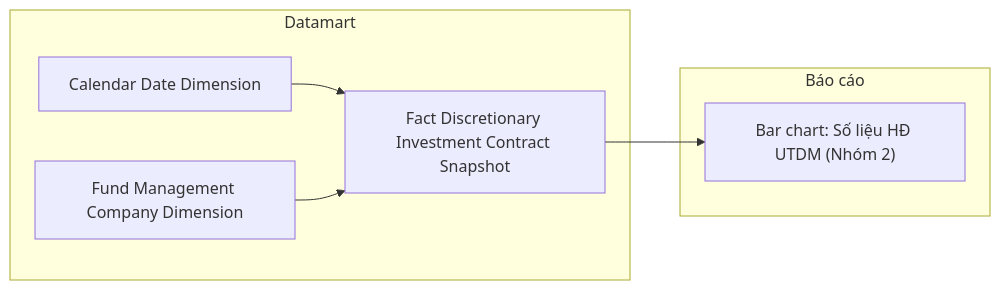
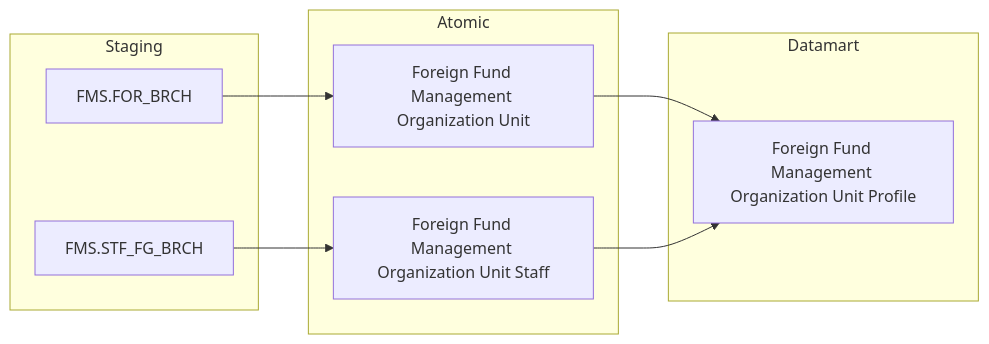
Before and after one commit to linhlvit/ubck_atomic_design: diagram 12 of 37 in Datamart/hld/DTM_FMS_HLD.md, drawn with Mermaid. The commit also changed other lines of this file and 5 other files, not shown here.

````diff
--- a/Datamart/hld/DTM_FMS_HLD.md
+++ b/Datamart/hld/DTM_FMS_HLD.md
@@ -565,14 +338,22 @@
 ```mermaid
 flowchart LR
+    subgraph SRC["Staging"]
+        FMS_FORBRCH["FMS.FOR_BRCH"]
+        FMS_STFFGBRCH["FMS.STF_FG_BRCH"]
+    end
+
+    subgraph SIL["Atomic"]
+        Foreign_Fund_Management_Organization_Unit["Foreign Fund Management Organization Unit"]
+        Foreign_Fund_Management_Organization_Unit_Staff["Foreign Fund Management Organization Unit Staff"]
+    end
+
     subgraph GOLD["Datamart"]
-        G1["Fact Discretionary Investment Contract Snapshot"]
-        G2["Fund Management Company Dimension"]
-        G3["Calendar Date Dimension"]
+        frgn_fnd_mgt_org_unit_prf["Foreign Fund Management Organization Unit Profile"]
     end
-    subgraph RPT["Báo cáo"]
-        R1["Bar chart: Số liệu HĐ UTDM (Nhóm 2)"]
-    end
-    G3 --> G1
-    G2 --> G1
-    G1 --> R1
+
+    FMS_FORBRCH --> Foreign_Fund_Management_Organization_Unit
+    FMS_STFFGBRCH --> Foreign_Fund_Management_Organization_Unit_Staff
+
+    Foreign_Fund_Management_Organization_Unit --> frgn_fnd_mgt_org_unit_prf
+    Foreign_Fund_Management_Organization_Unit_Staff --> frgn_fnd_mgt_org_unit_prf
 ```
````
